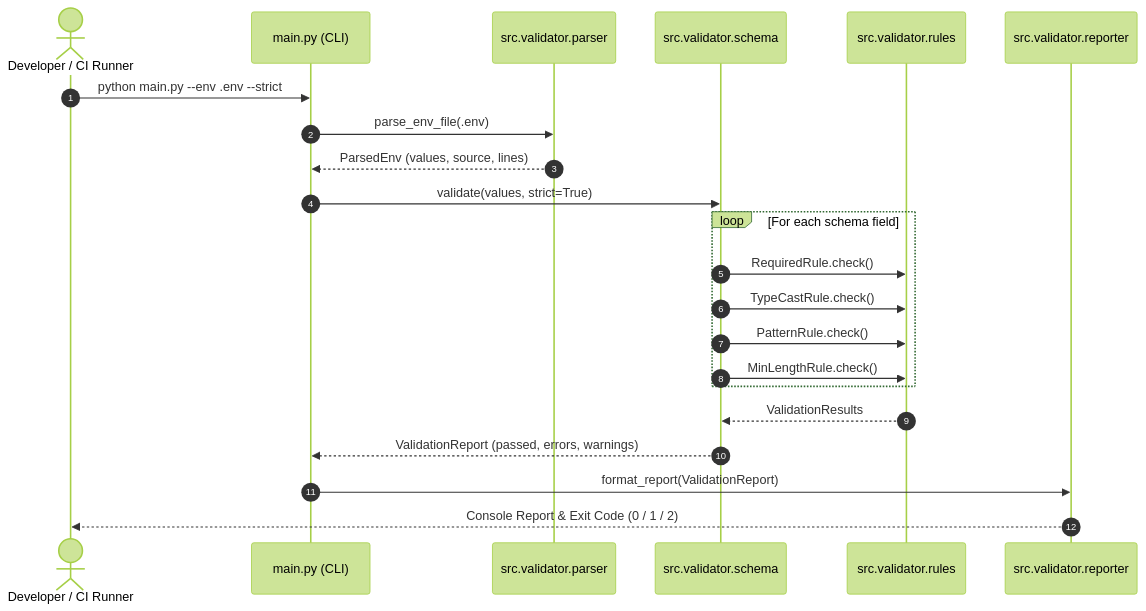
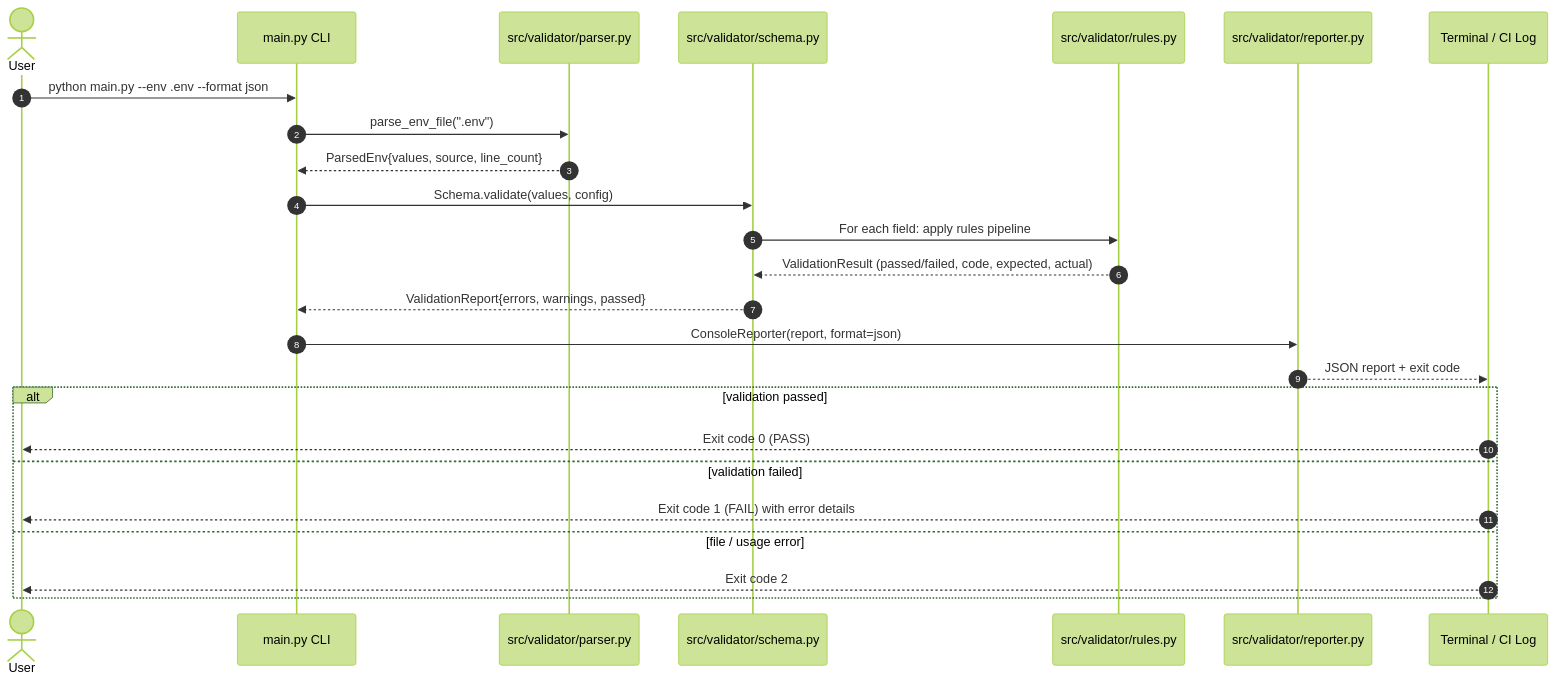
One commit to bighnaraj2008-ai/env-validator-cli changed the first of 3 diagrams in docs/ARCHITECTURE.mmd. Above: the diagram before and after it, drawn with Mermaid (forest theme). The commit also changed other lines of this file, not shown here.

Commit message:
docs: add Mermaid component architecture diagram for validator CLI

````diff
--- a/docs/ARCHITECTURE.mmd
+++ b/docs/ARCHITECTURE.mmd
@@ -1,23 +11,28 @@
+```mermaid
 sequenceDiagram
     autonumber
-    actor User as Developer / CI Runner
-    participant CLI as main.py (CLI)
-    participant Parser as src.validator.parser
-    participant Schema as src.validator.schema
-    participant Rules as src.validator.rules
-    participant Reporter as src.validator.reporter
+    actor User
+    participant CLI as main.py CLI
+    participant Parser as src/validator/parser.py
+    participant Schema as src/validator/schema.py
+    participant Rules as src/validator/rules.py
+    participant Reporter as src/validator/reporter.py
+    participant Output as Terminal / CI Log
 
-    User->>CLI: python main.py --env .env --strict
-    CLI->>Parser: parse_env_file(.env)
-    Parser-->>CLI: ParsedEnv (values, source, lines)
-    CLI->>Schema: validate(values, strict=True)
-    loop For each schema field
-        Schema->>Rules: RequiredRule.check()
-        Schema->>Rules: TypeCastRule.check()
-        Schema->>Rules: PatternRule.check()
-        Schema->>Rules: MinLengthRule.check()
+    User->>CLI: python main.py --env .env --format json
+    CLI->>Parser: parse_env_file(".env")
+    Parser-->>CLI: ParsedEnv{values, source, line_count}
+    CLI->>Schema: Schema.validate(values, config)
+    Schema->>Rules: For each field: apply rules pipeline
+    Rules-->>Schema: ValidationResult (passed/failed, code, expected, actual)
+    Schema-->>CLI: ValidationReport{errors, warnings, passed}
+    CLI->>Reporter: ConsoleReporter(report, format=json)
+    Reporter-->>Output: JSON report + exit code
+    alt validation passed
+        Output-->>User: Exit code 0 (PASS)
+    else validation failed
+        Output-->>User: Exit code 1 (FAIL) with error details
+    else file / usage error
+        Output-->>User: Exit code 2
     end
-    Rules-->>Schema: ValidationResults
-    Schema-->>CLI: ValidationReport (passed, errors, warnings)
-    CLI->>Reporter: format_report(ValidationReport)
-    Reporter-->>User: Console Report & Exit Code (0 / 1 / 2)
+```
````
